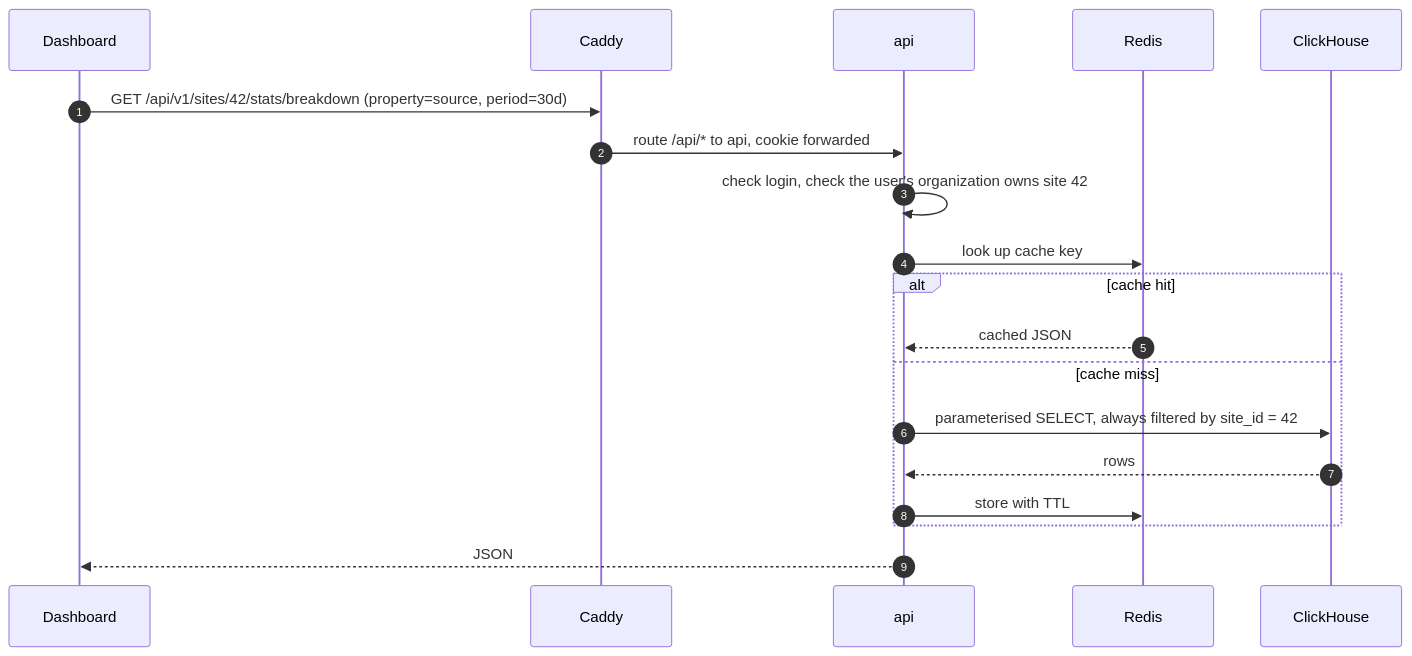
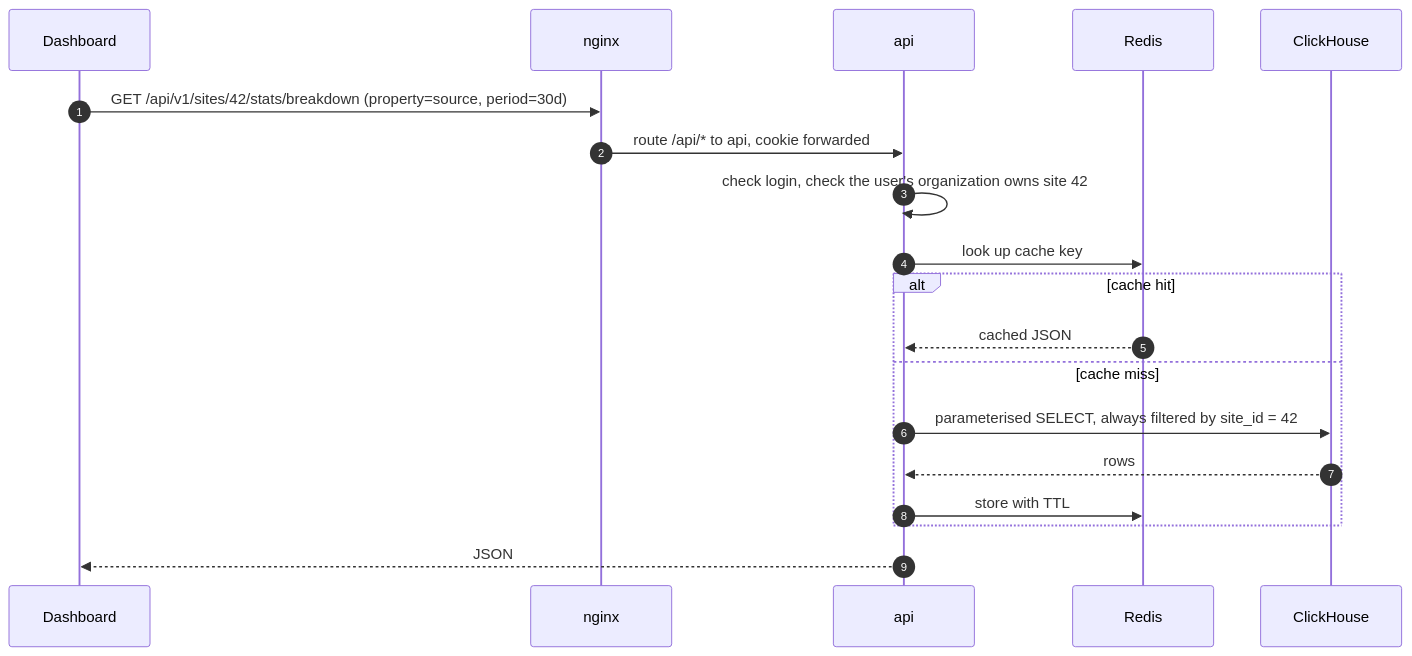
Before and after one commit to AntonBurduzha/mieru: the seventh of 8 diagrams in docs/architecture.md, drawn with Mermaid. The commit also changed other lines of this file and 1 other file, not shown here.

First line of the commit message:
docs: product spec and MVP scope; design moves to nginx, React and no Lua

````diff
--- a/docs/architecture.md
+++ b/docs/architecture.md
@@ -488,22 +493,22 @@
 ```mermaid
 sequenceDiagram
     autonumber
     participant B as Dashboard
-    participant N as Caddy
+    participant N as nginx
     participant A as api
     participant R as Redis
     participant C as ClickHouse
 
     B->>N: GET /api/v1/sites/42/stats/breakdown (property=source, period=30d)
     N->>A: route /api/* to api, cookie forwarded
     A->>A: check login, check the user's organization owns site 42
     A->>R: look up cache key
     alt cache hit
         R-->>A: cached JSON
     else cache miss
         A->>C: parameterised SELECT, always filtered by site_id = 42
         C-->>A: rows
         A->>R: store with TTL
     end
     A-->>B: JSON
 ```
````
